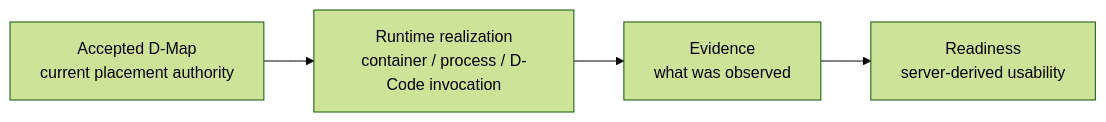
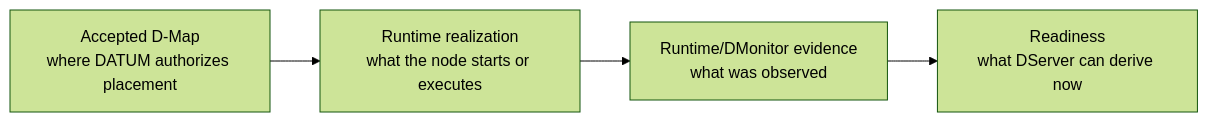
Before and after one commit to dnredson/datum-docs: the first of 4 diagrams in docs/tutorials/runtime-realization.md, drawn with Mermaid (forest theme). The commit also changed other lines of this file, not shown here.

Commit message:
docs: rewrite runtime realization for DATUM v1

````diff
--- a/docs/tutorials/runtime-realization.md
+++ b/docs/tutorials/runtime-realization.md
@@ -9,6 +7,6 @@
 ```mermaid
 flowchart LR
-    MAP["Accepted D-Map\ncurrent placement authority"] --> REAL["Runtime realization\ncontainer / process / D-Code invocation"]
-    REAL --> OBS["Evidence\nwhat was observed"]
-    OBS --> READY["Readiness\nserver-derived usability"]
+    MAP["Accepted D-Map\nwhere DATUM authorizes placement"] --> REAL["Runtime realization\nwhat the node starts or executes"]
+    REAL --> OBS["Runtime/DMonitor evidence\nwhat was observed"]
+    OBS --> READY["Readiness\nwhat DServer can derive now"]
 ```
````
